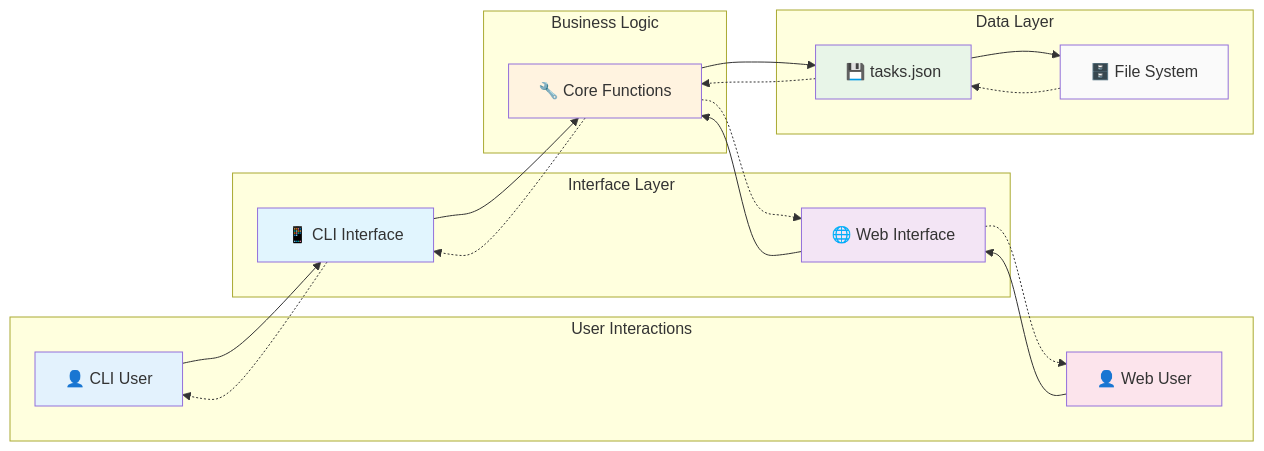
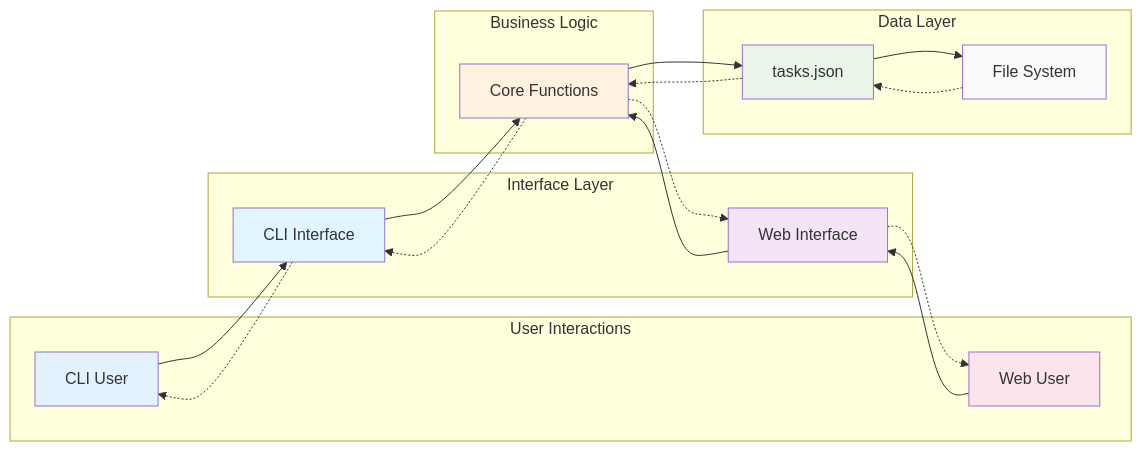
One commit to vickeycheng/AI_Test changed the seventh of 18 diagrams in shared/design_document.md. Above: the diagram before and after it, drawn with Mermaid. The commit also changed other lines of this file, not shown here.

````diff
--- a/shared/design_document.md
+++ b/shared/design_document.md
@@ -341,45 +341,45 @@
 ```mermaid
 flowchart LR
-    subgraph "User Interactions"
-        USER_CLI[👤 CLI User]
-        USER_WEB[👤 Web User]
-    end
-    
-    subgraph "Interface Layer"
-        CLI_UI[📱 CLI Interface]
-        WEB_UI[🌐 Web Interface]
-    end
-    
-    subgraph "Business Logic"
-        CORE_FUNCTIONS[🔧 Core Functions]
-    end
-    
-    subgraph "Data Layer"
-        JSON_FILE[💾 tasks.json]
-        FILE_SYSTEM[🗄️ File System]
-    end
-    
-    USER_CLI --> CLI_UI
-    USER_WEB --> WEB_UI
-    
-    CLI_UI --> CORE_FUNCTIONS
-    WEB_UI --> CORE_FUNCTIONS
-    
-    CORE_FUNCTIONS --> JSON_FILE
-    JSON_FILE --> FILE_SYSTEM
-    
-    FILE_SYSTEM -.-> JSON_FILE
-    JSON_FILE -.-> CORE_FUNCTIONS
-    CORE_FUNCTIONS -.-> CLI_UI
-    CORE_FUNCTIONS -.-> WEB_UI
-    CLI_UI -.-> USER_CLI
-    WEB_UI -.-> USER_WEB
-    
-    style USER_CLI fill:#e3f2fd
-    style USER_WEB fill:#fce4ec
-    style CLI_UI fill:#e1f5fe
-    style WEB_UI fill:#f3e5f5
-    style CORE_FUNCTIONS fill:#fff3e0
-    style JSON_FILE fill:#e8f5e8
-    style FILE_SYSTEM fill:#fafafa
+ subgraph "User Interactions"
+ USER_CLI[CLI User]
+ USER_WEB[Web User]
+ end
+ 
+ subgraph "Interface Layer"
+ CLI_UI[ CLI Interface]
+ WEB_UI[ Web Interface]
+ end
+ 
+ subgraph "Business Logic"
+ CORE_FUNCTIONS[ Core Functions]
+ end
+ 
+ subgraph "Data Layer"
+ JSON_FILE[ tasks.json]
+ FILE_SYSTEM[ File System]
+ end
+ 
+ USER_CLI --> CLI_UI
+ USER_WEB --> WEB_UI
+ 
+ CLI_UI --> CORE_FUNCTIONS
+ WEB_UI --> CORE_FUNCTIONS
+ 
+ CORE_FUNCTIONS --> JSON_FILE
+ JSON_FILE --> FILE_SYSTEM
+ 
+ FILE_SYSTEM -.-> JSON_FILE
+ JSON_FILE -.-> CORE_FUNCTIONS
+ CORE_FUNCTIONS -.-> CLI_UI
+ CORE_FUNCTIONS -.-> WEB_UI
+ CLI_UI -.-> USER_CLI
+ WEB_UI -.-> USER_WEB
+ 
+ style USER_CLI fill:#e3f2fd
+ style USER_WEB fill:#fce4ec
+ style CLI_UI fill:#e1f5fe
+ style WEB_UI fill:#f3e5f5
+ style CORE_FUNCTIONS fill:#fff3e0
+ style JSON_FILE fill:#e8f5e8
+ style FILE_SYSTEM fill:#fafafa
 ```
````
